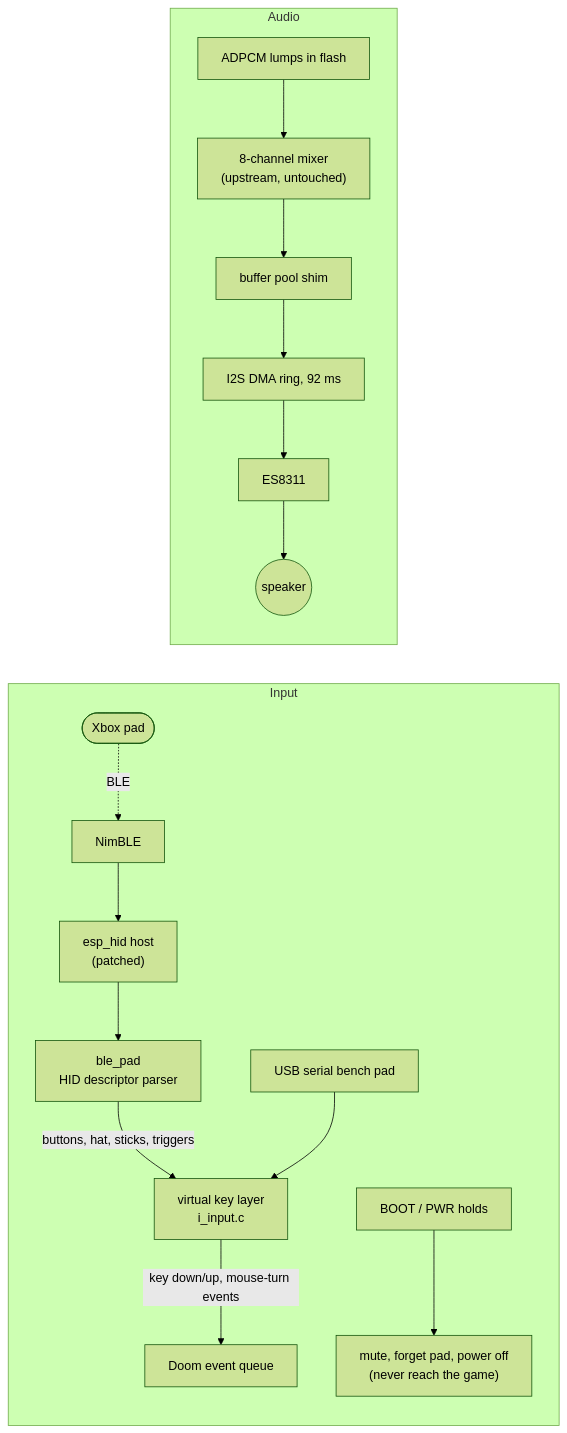
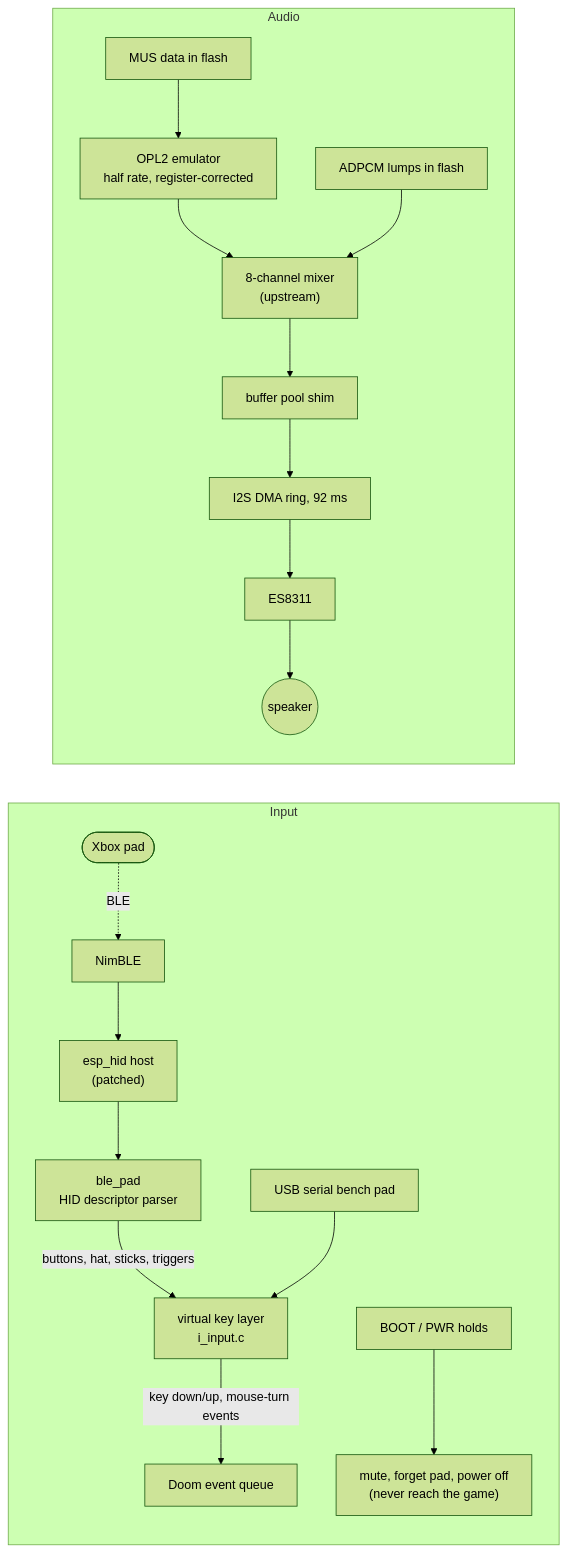
One commit to aedile/DIABLITO changed the fifth of 6 diagrams in README.md. Above: the diagram before and after it, drawn with Mermaid (forest theme). The commit also changed other lines of this file and 13 other files, not shown here.

First line of the commit message:
Music: OPL2 (emu8950) at half rate with register-level pitch and envelope correction

````diff
--- a/README.md
+++ b/README.md
@@ -175,13 +177,14 @@
 ```mermaid
 flowchart LR
     subgraph IN["Input"]
         X(["Xbox pad"]) -. BLE .-> NB["NimBLE"] --> HH["esp_hid host<br/>(patched)"] --> BP["ble_pad<br/>HID descriptor parser"]
         BP -- "buttons, hat, sticks, triggers" --> VK["virtual key layer<br/>i_input.c"]
         SER["USB serial bench pad"] --> VK
         VK -- "key down/up, mouse-turn events" --> DOOM["Doom event queue"]
         BTNS["BOOT / PWR holds"] --> DEV["mute, forget pad, power off<br/>(never reach the game)"]
     end
     subgraph OUT["Audio"]
-        SFX["ADPCM lumps in flash"] --> MIX["8-channel mixer<br/>(upstream, untouched)"] --> POOL["buffer pool shim"] --> RING["I2S DMA ring, 92 ms"] --> ES["ES8311"] --> SPK(("speaker"))
+        MUS["MUS data in flash"] --> OPL["OPL2 emulator<br/>half rate, register-corrected"] --> MIX
+        SFX["ADPCM lumps in flash"] --> MIX["8-channel mixer<br/>(upstream)"] --> POOL["buffer pool shim"] --> RING["I2S DMA ring, 92 ms"] --> ES["ES8311"] --> SPK(("speaker"))
     end
 ```
````
